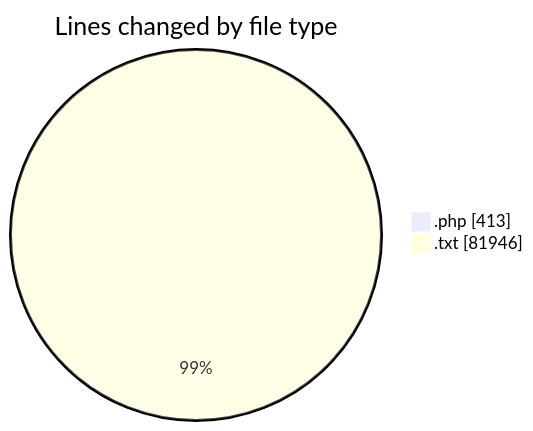
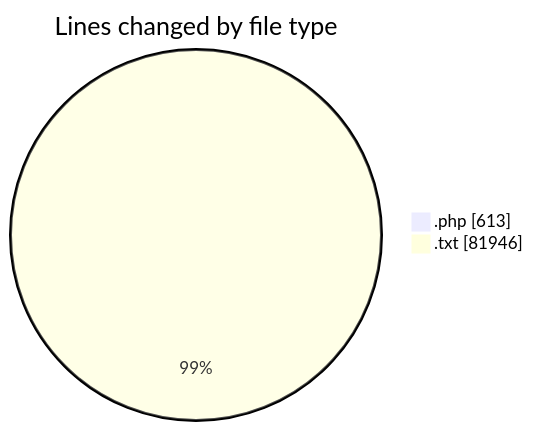
One commit to LanceThiago/code-tracking changed the first of 2 diagrams in 2026-02-09/enviarfacturas/README.md. Above: the diagram before and after it, drawn with Mermaid. The commit also changed other lines of this file and 1 other file, not shown here.

````diff
--- a/2026-02-09/enviarfacturas/README.md
+++ b/2026-02-09/enviarfacturas/README.md
@@ -21,6 +22,6 @@
 ```mermaid
 pie showData
 title Lines changed by file type
-".php" : 413
+".php" : 613
 ".txt" : 81946
 ```
````
